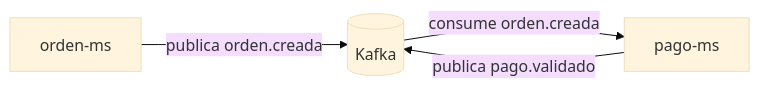
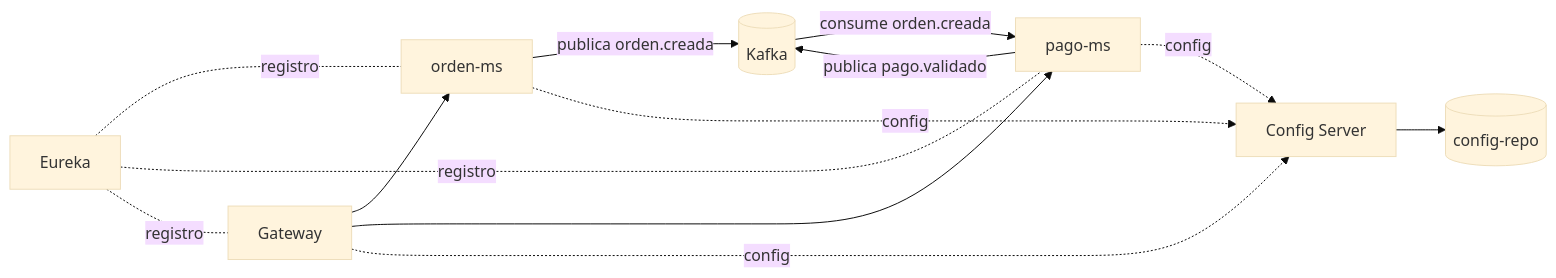
The second of 3 diagrams in README.md (262dist/pagatu), drawn with Mermaid (base theme) before and after one commit.

````diff
--- a/README.md
+++ b/README.md
@@ -60,6 +60,18 @@
 ```mermaid
 flowchart LR
+    gateway[Gateway] --> orden[orden-ms]
+    gateway --> pago[pago-ms]
+
     orden[orden-ms] -- publica orden.creada --> kafka[(Kafka)]
     kafka -- consume orden.creada --> pago[pago-ms]
     pago -- publica pago.validado --> kafka
+
+    config[Config Server] --> configrepo[(config-repo)]
+    orden -. config .-> config
+    pago -. config .-> config
+    gateway -. config .-> config
+
+    eureka[Eureka] -. registro .- orden
+    eureka -. registro .- pago
+    eureka -. registro .- gateway
 ```
````
